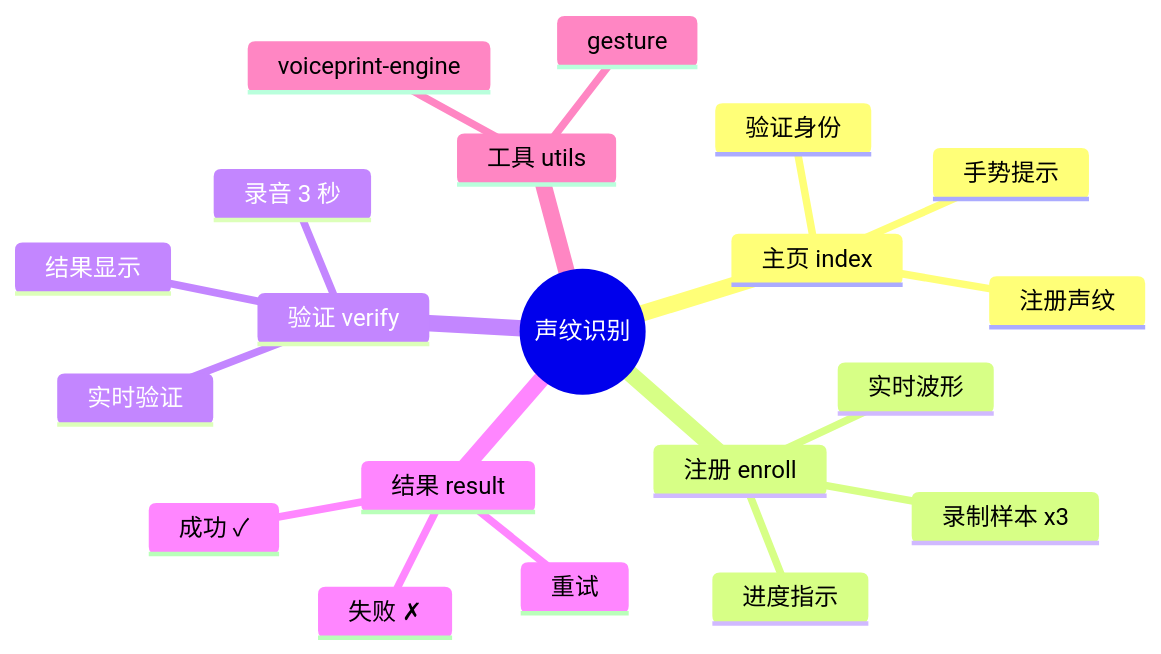
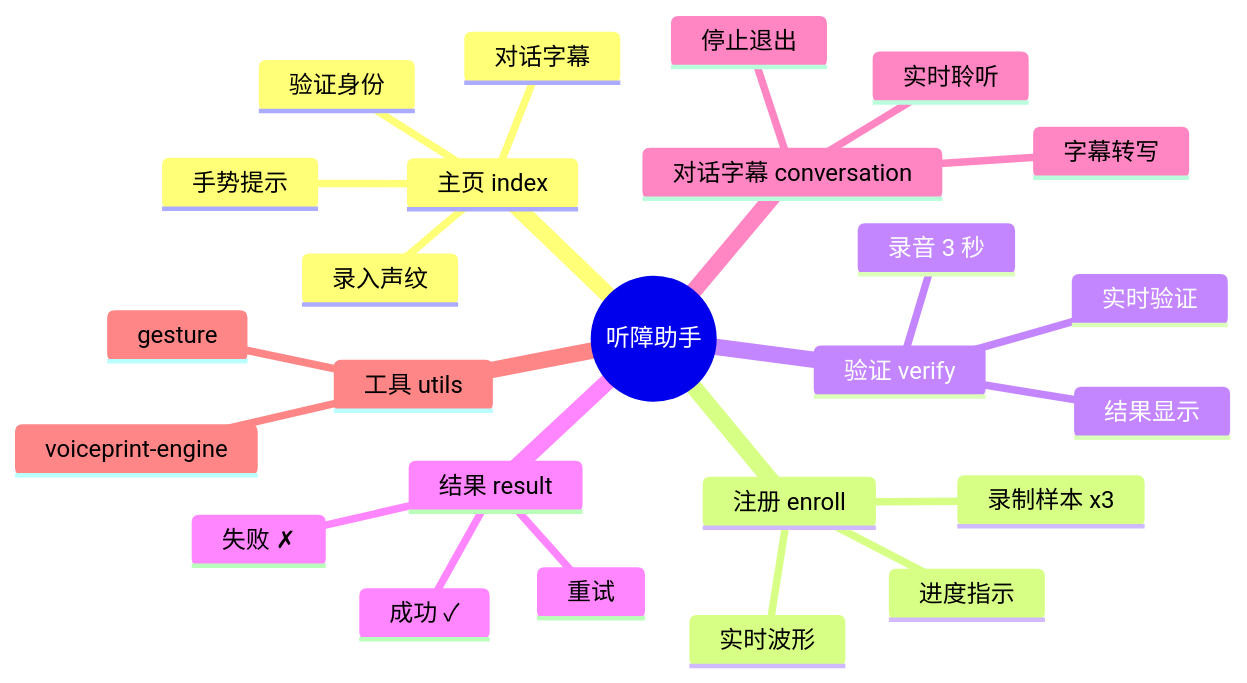
Before and after one commit to cpufreestyle/aiui-voiceprint: the first of 2 diagrams in README.md, drawn with Mermaid. The commit also changed other lines of this file and 10 other files, not shown here.

````diff
--- a/README.md
+++ b/README.md
@@ -35,23 +52,28 @@
 ```mermaid
 mindmap
-  root((声纹识别))
+  root((听障助手))
     主页 index
-      注册声纹
+      录入声纹
       验证身份
+      对话字幕
       手势提示
     注册 enroll
       录制样本 x3
       实时波形
       进度指示
     验证 verify
       录音 3 秒
       实时验证
       结果显示
     结果 result
       成功 ✓
       失败 ✗
       重试
+    对话字幕 conversation
+      实时聆听
+      字幕转写
+      停止退出
     工具 utils
       voiceprint-engine
       gesture
 ```
````
